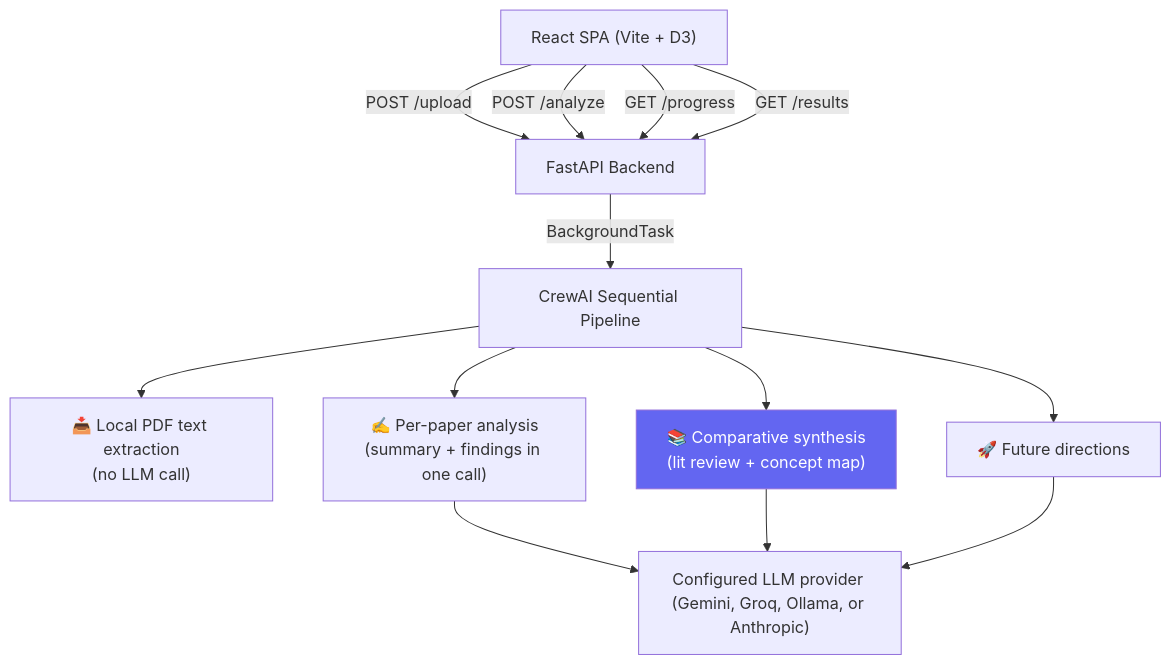
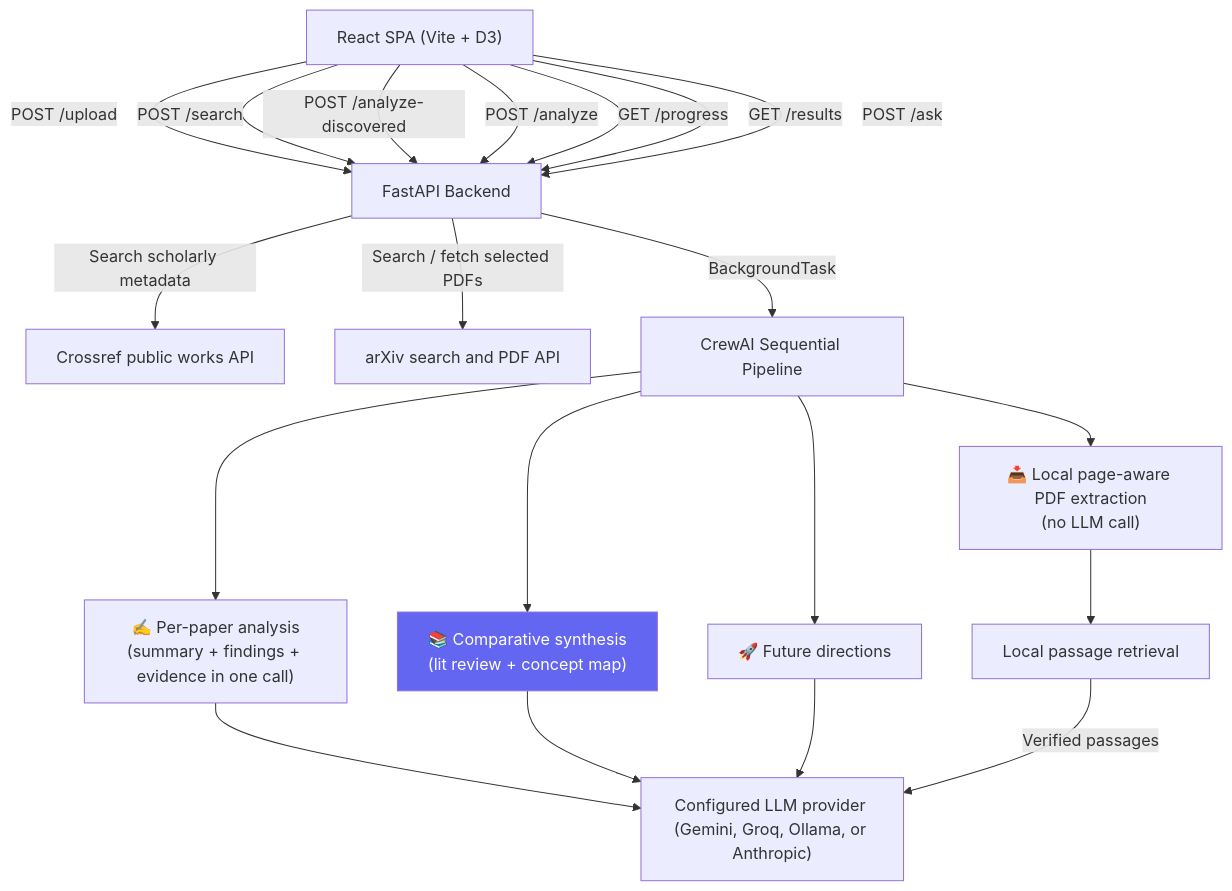
Before and after one commit to KiruthikaSelvaraj1/research-assistant: the diagram in README.md, drawn with Mermaid. The commit also changed other lines of this file and 16 other files, not shown here.

Commit message:
Add paper discovery and evidence-grounded Q&A

````diff
--- a/README.md
+++ b/README.md
@@ -15,22 +18,31 @@
 ```mermaid
 graph TD
     UI["React SPA (Vite + D3)"]
     API["FastAPI Backend"]
+    CROSSREF["Crossref public works API"]
+    ARXIV["arXiv search and PDF API"]
     CREW["CrewAI Sequential Pipeline"]
     LLM["Configured LLM provider (Gemini, Groq, Ollama, or Anthropic)"]
 
     UI -->|POST /upload| API
+    UI -->|POST /search| API
+    UI -->|POST /analyze-discovered| API
     UI -->|POST /analyze| API
     UI -->|GET /progress| API
     UI -->|GET /results| API
+    UI -->|POST /ask| API
 
     API -->|BackgroundTask| CREW
-    CREW --> A1["📥 Local PDF text extraction\n(no LLM call)"]
-    CREW --> A2["✍️ Per-paper analysis\n(summary + findings in one call)"]
+    API -->|Search scholarly metadata| CROSSREF
+    API -->|Search / fetch selected PDFs| ARXIV
+    CREW --> A1["📥 Local page-aware PDF extraction\n(no LLM call)"]
+    CREW --> A2["✍️ Per-paper analysis\n(summary + findings + evidence in one call)"]
     CREW --> A3["📚 Comparative synthesis\n(lit review + concept map)"]
     CREW --> A4["🚀 Future directions"]
 
     A2 & A3 & A4 --> LLM
+    A1 --> QA["Local passage retrieval"]
+    QA -->|Verified passages| LLM
 
     style A3 fill:#6366f1,color:#fff
 ```
````
